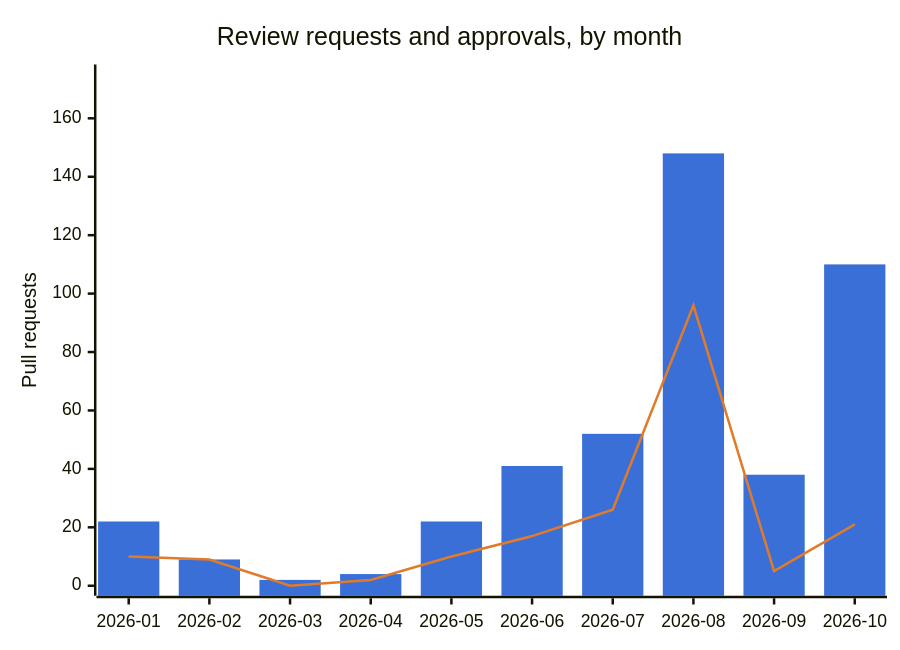
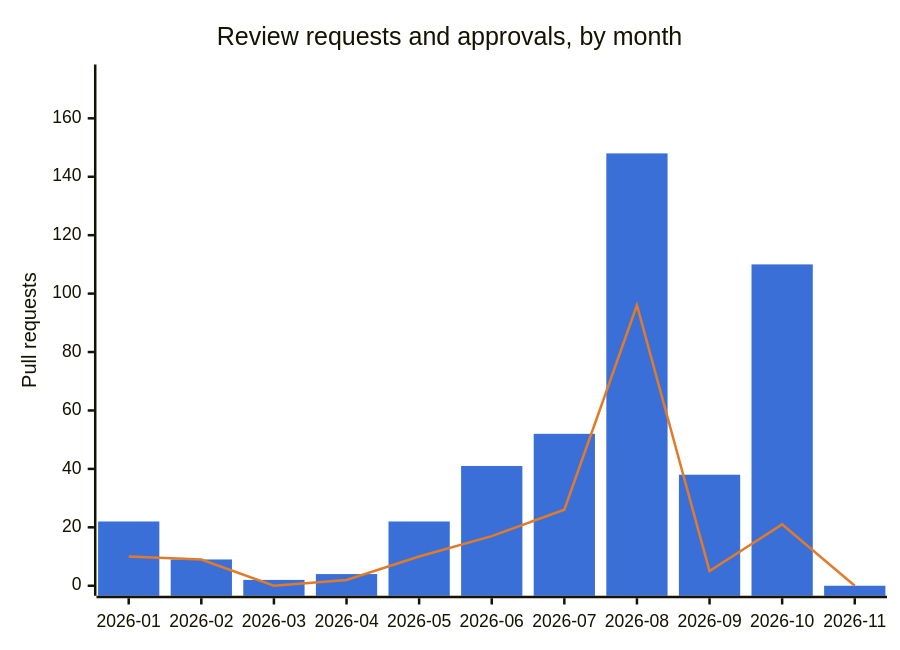
The first of 2 diagrams in docs/about/project-activity.md (xymon-monitoring/xymon-wiki), drawn with Mermaid before and after one commit. The commit also changed other lines of this file, not shown here.

````diff
--- a/docs/about/project-activity.md
+++ b/docs/about/project-activity.md
@@ -39,9 +39,9 @@
 ```mermaid
 %%{init: {"themeVariables": {"xyChart": {"plotColorPalette": "#3b6fd8, #e07b2a"}}}}%%
 xychart-beta
     title "Review requests and approvals, by month"
-    x-axis ["2026-01", "2026-02", "2026-03", "2026-04", "2026-05", "2026-06", "2026-07", "2026-08", "2026-09", "2026-10"]
+    x-axis ["2026-01", "2026-02", "2026-03", "2026-04", "2026-05", "2026-06", "2026-07", "2026-08", "2026-09", "2026-10", "2026-11"]
     y-axis "Pull requests" 0 --> 175
-    bar [22, 9, 2, 4, 22, 41, 52, 148, 38, 110]
-    line [10, 9, 0, 2, 10, 17, 26, 96, 5, 21]
+    bar [22, 9, 2, 4, 22, 41, 52, 148, 38, 110, 0]
+    line [10, 9, 0, 2, 10, 17, 26, 96, 5, 21, 0]
 ```
````
